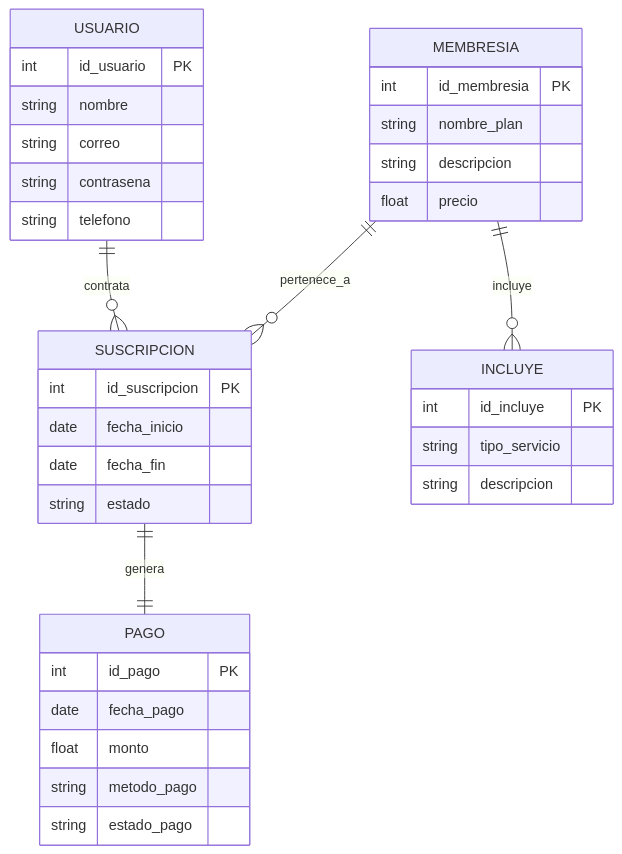
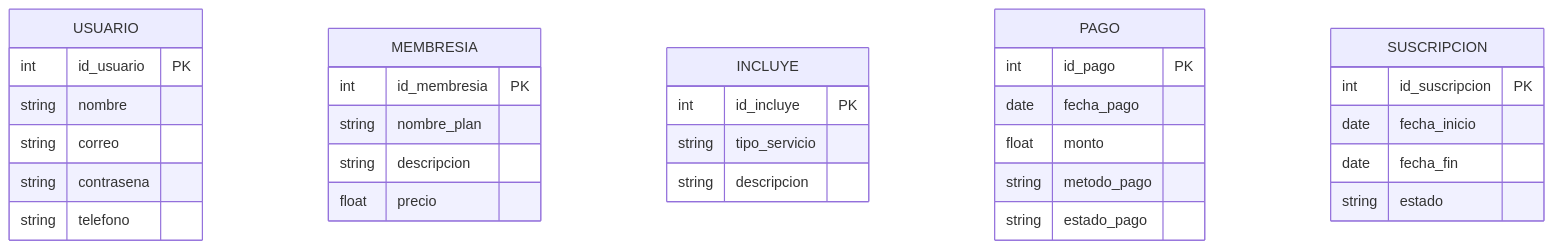
One commit to monica-ry/cbtis47-db-membre changed the diagram in docs/erd_diagram.mmd. Above: the diagram before and after it, drawn with Mermaid.

Commit message:
Remove entity relationships from ERD diagram
Removed relationships between entities in the ERD.

````diff
--- a/docs/erd_diagram.mmd
+++ b/docs/erd_diagram.mmd
@@ -3,43 +3,38 @@
 ```mermaid
 erDiagram
     USUARIO {
         int id_usuario PK
         string nombre
         string correo
         string contrasena
         string telefono
     }
 
     MEMBRESIA {
         int id_membresia PK
         string nombre_plan
         string descripcion
         float precio
     }
 
     INCLUYE {
         int id_incluye PK
         string tipo_servicio
         string descripcion
     }
 
     PAGO {
         int id_pago PK
         date fecha_pago
         float monto
         string metodo_pago
         string estado_pago
     }
 
     SUSCRIPCION {
         int id_suscripcion PK
         date fecha_inicio
         date fecha_fin
         string estado
     }
-
-    USUARIO ||--o{ SUSCRIPCION : contrata
-    MEMBRESIA ||--o{ SUSCRIPCION : pertenece_a
-    MEMBRESIA ||--o{ INCLUYE : incluye
-    SUSCRIPCION ||--|| PAGO : genera
 ```
````
